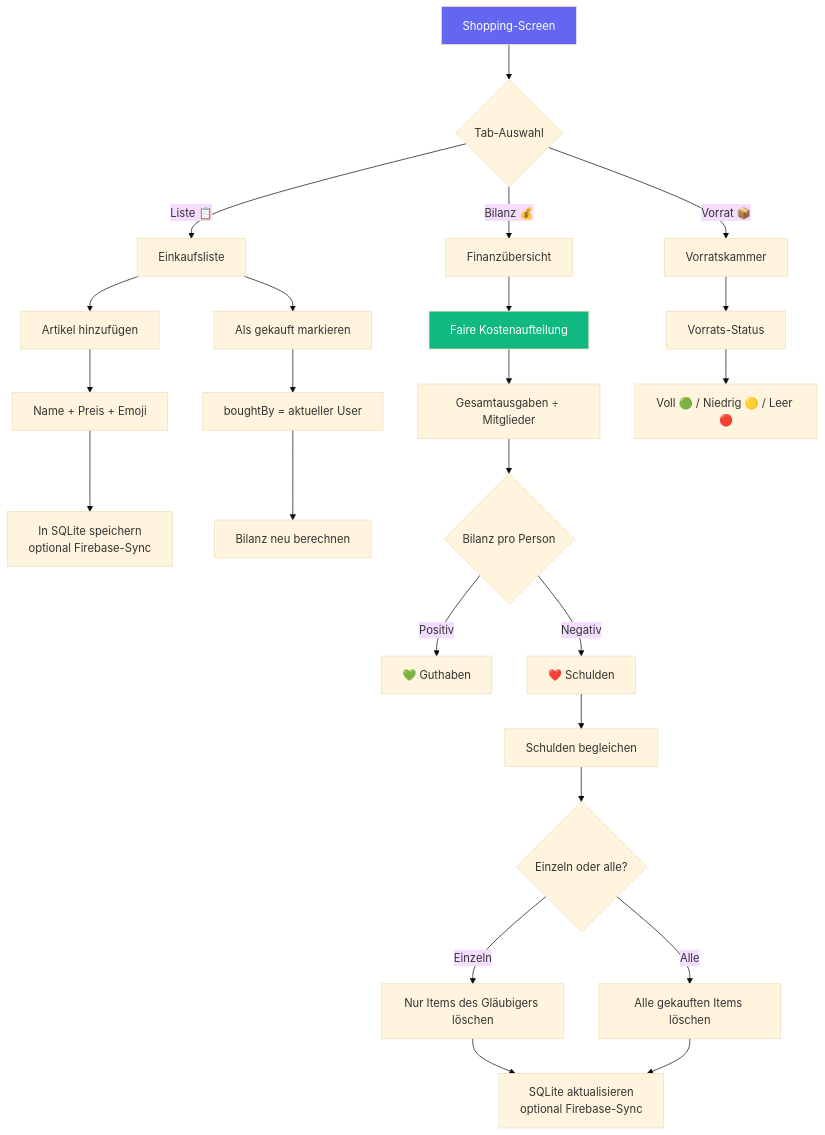
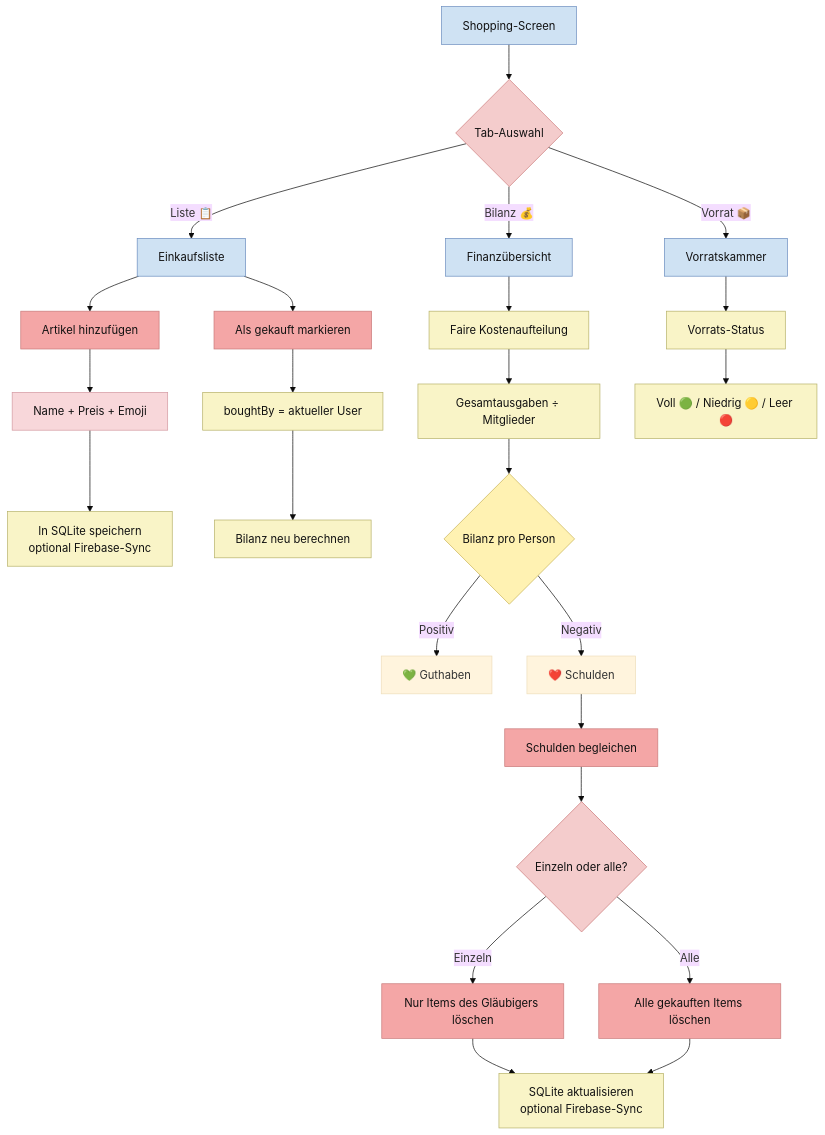
One commit to Nejy190501/WGManager changed the fourth of 23 diagrams in ABLAUFDIAGRAMM.md. Above: the diagram before and after it, drawn with Mermaid (base theme). The commit also changed other lines of this file, not shown here.

````diff
--- a/ABLAUFDIAGRAMM.md
+++ b/ABLAUFDIAGRAMM.md
@@ -130,33 +183,45 @@
 ```mermaid
 flowchart TD
     A["Shopping-Screen"] --> B{"Tab-Auswahl"}
     B -->|Liste 📋| C["Einkaufsliste"]
     B -->|Bilanz 💰| D["Finanzübersicht"]
     B -->|Vorrat 📦| E["Vorratskammer"]
     
     C --> F["Artikel hinzufügen"]
     F --> G["Name + Preis + Emoji"]
     G --> H["In SQLite speichern<br/>optional Firebase-Sync"]
     
     C --> I["Als gekauft markieren"]
     I --> J["boughtBy = aktueller User"]
     J --> K["Bilanz neu berechnen"]
     
     D --> L["Faire Kostenaufteilung"]
     L --> M["Gesamtausgaben ÷ Mitglieder"]
     M --> N{"Bilanz pro Person"}
     N -->|Positiv| O["💚 Guthaben"]
     N -->|Negativ| P["❤️ Schulden"]
     P --> Q["Schulden begleichen"]
     Q --> R{"Einzeln oder alle?"}
     R -->|Einzeln| S["Nur Items des Gläubigers löschen"]
     R -->|Alle| T["Alle gekauften Items löschen"]
     S --> U["SQLite aktualisieren<br/>optional Firebase-Sync"]
     T --> U
     
     E --> V["Vorrats-Status"]
     V --> W["Voll 🟢 / Niedrig 🟡 / Leer 🔴"]
 
-    style A fill:#6366f1,color:#fff
-    style L fill:#10b981,color:#fff
+    classDef userAction fill:#ead1f2,stroke:#8e7cc3,color:#111;
+    classDef systemAction fill:#f9f4c7,stroke:#b7b26a,color:#111;
+    classDef userDecision fill:#f4cccc,stroke:#cc7a7a,color:#111;
+    classDef systemDecision fill:#fff2b2,stroke:#c9b458,color:#111;
+    classDef button fill:#f4a6a6,stroke:#c97b7b,color:#111;
+    classDef userInput fill:#f8d7da,stroke:#d49aa2,color:#111;
+    classDef screen fill:#cfe2f3,stroke:#6c8ebf,color:#111;
+
+    class H,J,K,L,M,U,V,W systemAction;
+    class B,R userDecision;
+    class N systemDecision;
+    class F,I,Q,S,T button;
+    class G userInput;
+    class A,C,D,E screen;
 ```
````
